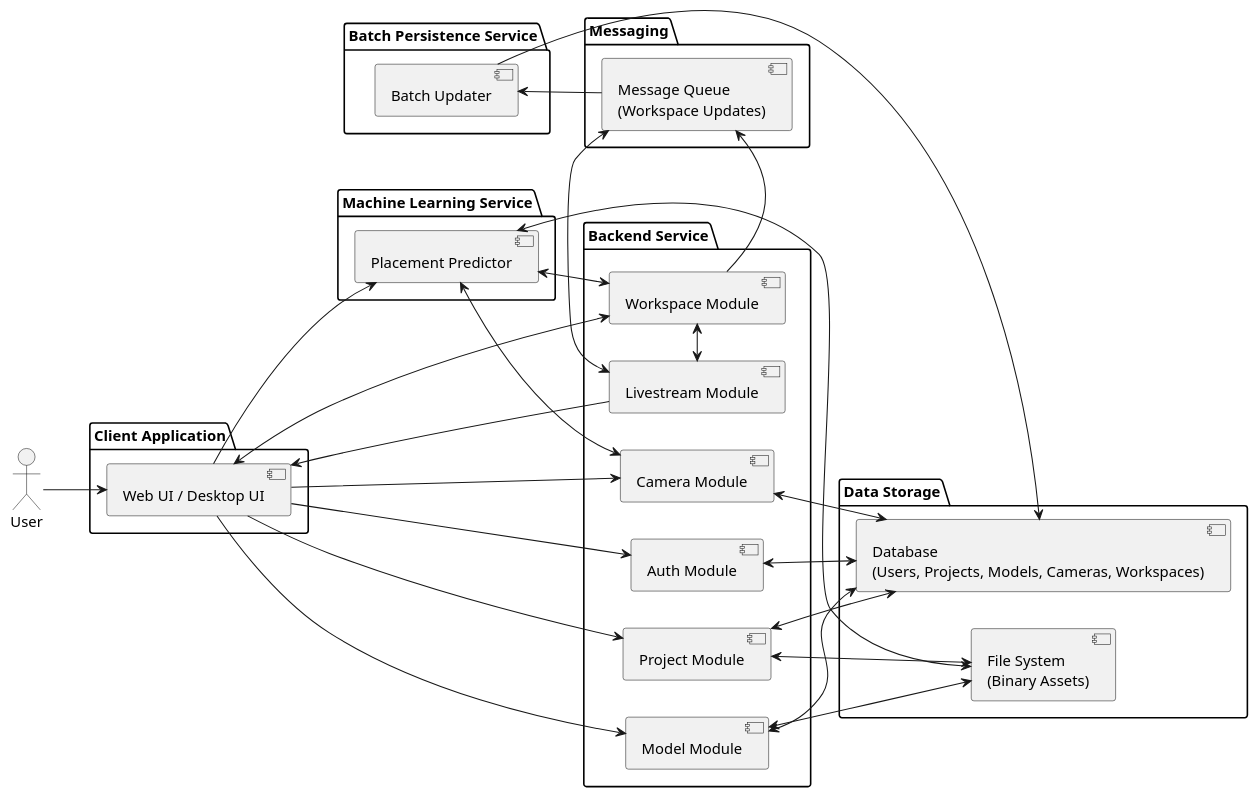
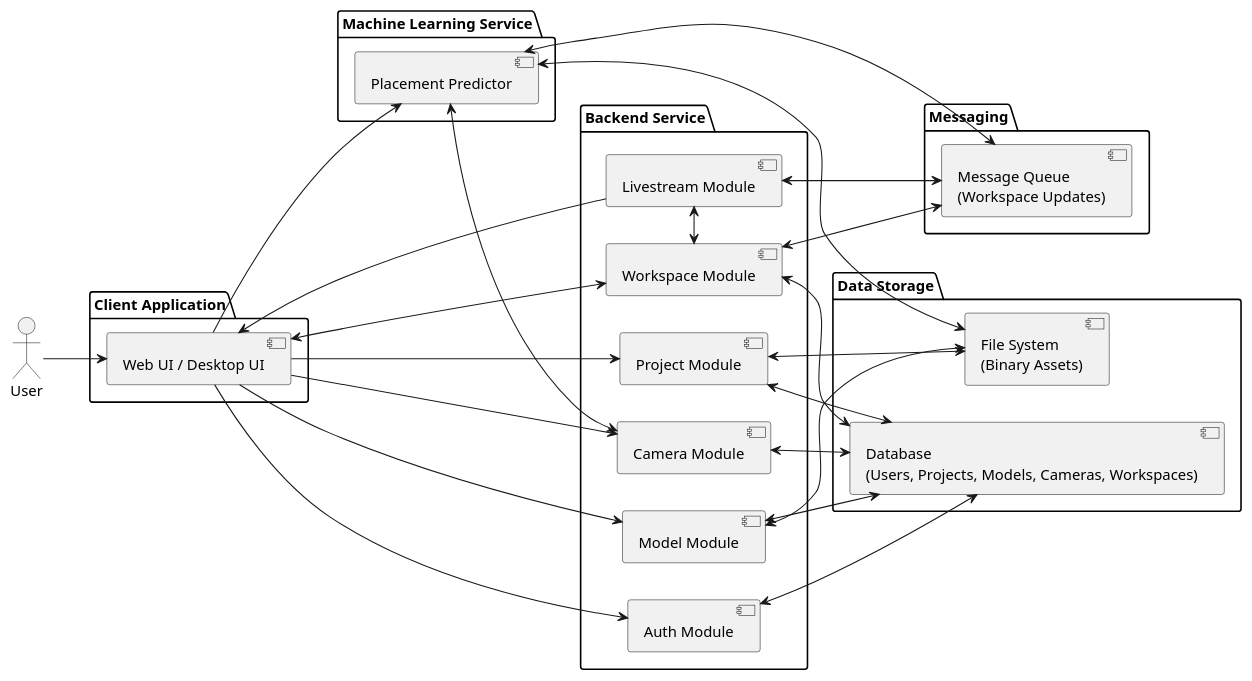
One commit to Ministry-of-Learning-of-Jura-Kites/OmniCam changed the diagram in docs/diagrams/system_architecture.puml. Above: the diagram before and after it, drawn with PlantUML.

Commit message:
Fix: remove batch DB service

```diff
--- a/docs/diagrams/system_architecture.puml
+++ b/docs/diagrams/system_architecture.puml
@@ -1,70 +1,65 @@
 @startuml OmniCam System Architecture Diagram
 left to right direction
 skinparam defaultFontName "Arial"
 
 actor User
 
 package "Client Application" {
   [Web UI / Desktop UI] as UI
 }
 
 package "Backend Service" {
   [Auth Module] as Auth
   [Model Module] as Model
   [Project Module] as Project
   together {
     [Workspace Module] as Workspace
     [Livestream Module] as Livestream
   }
   [Camera Module] as Camera
-}
-
-package "Batch Persistence Service" {
-  [Batch Updater] as BatchUpdater
 }
 
 package "Machine Learning Service" {
   [Placement Predictor] as PlacementPredictor
 }
 
 package "Data Storage" {
   [Database\n(Users, Projects, Models, Cameras, Workspaces)] as DB
   [File System\n(Binary Assets)] as Repo
 }
 
 package "Messaging" {
   [Message Queue\n(Workspace Updates)] as MessageQueue
 }
 
 ' Actors interact with UI
 User --> UI
 
 ' Client calls backend
 UI <--> Workspace
 UI <-- Livestream
 UI --> Auth
 UI --> Project
 UI --> Model
 UI --> Camera
 UI --> PlacementPredictor
 
-PlacementPredictor <-> Workspace
+PlacementPredictor <-> MessageQueue
 PlacementPredictor <--> Camera
 PlacementPredictor <--> Repo
 
 ' Workspace Livestream
 Workspace <-> Livestream
-BatchUpdater <-- MessageQueue
-BatchUpdater -down-> DB
+Workspace <--> MessageQueue
+Workspace <--> DB
 
 ' Backend to storage
 Auth <-> DB
 Project <-> DB
 Project <-> Repo
 Model <-> DB
 Model <-> Repo
-Workspace -> MessageQueue
 Livestream <-> MessageQueue
 Camera <--> DB
 
 @enduml
```
